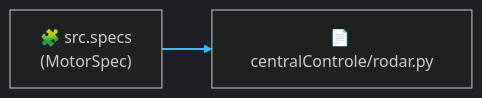
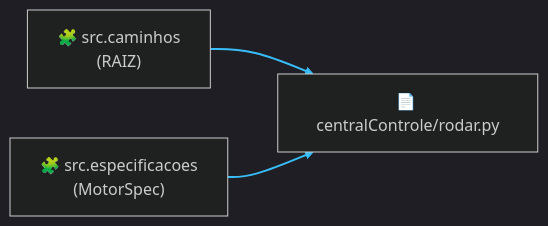
Before and after one commit to Supernova-Sim/Simulator-GUI-Python: the first of 2 diagrams in docs/arquitetura/_gerados_c4/centralControle__rodar.c4.md, drawn with Mermaid. The commit also changed other lines of this file and 130 other files, not shown here.

````diff
--- a/docs/arquitetura/_gerados_c4/centralControle__rodar.c4.md
+++ b/docs/arquitetura/_gerados_c4/centralControle__rodar.c4.md
@@ -39,8 +41,10 @@
 ```mermaid
 %%{init: {'theme': 'dark', 'themeVariables': { 'lineColor': '#38bdf8' }}}%%
 flowchart LR
     MOD["📄 centralControle/rodar.py"]
-    INT_0["🧩 src.specs\n(MotorSpec)"] --> MOD
-    click INT_0 href "src__specs.c4.md" "Abrir C4 de src.specs"
+    INT_0["🧩 src.caminhos\n(RAIZ)"] --> MOD
+    click INT_0 href "src__caminhos.c4.md" "Abrir C4 de src.caminhos"
+    INT_1["🧩 src.especificacoes\n(MotorSpec)"] --> MOD
+    click INT_1 href "src__especificacoes.c4.md" "Abrir C4 de src.especificacoes"
     linkStyle default stroke:#38bdf8,stroke-width:2px;
 ```
````
